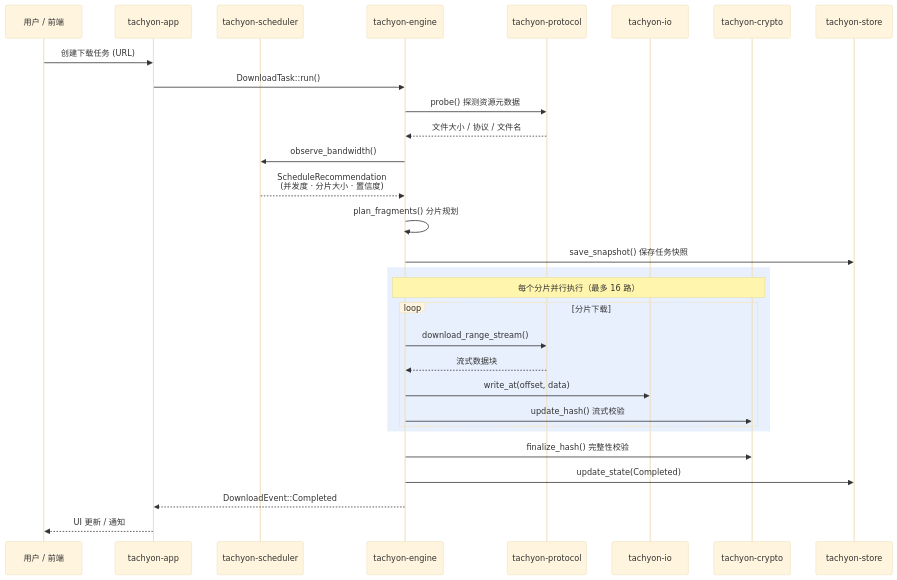
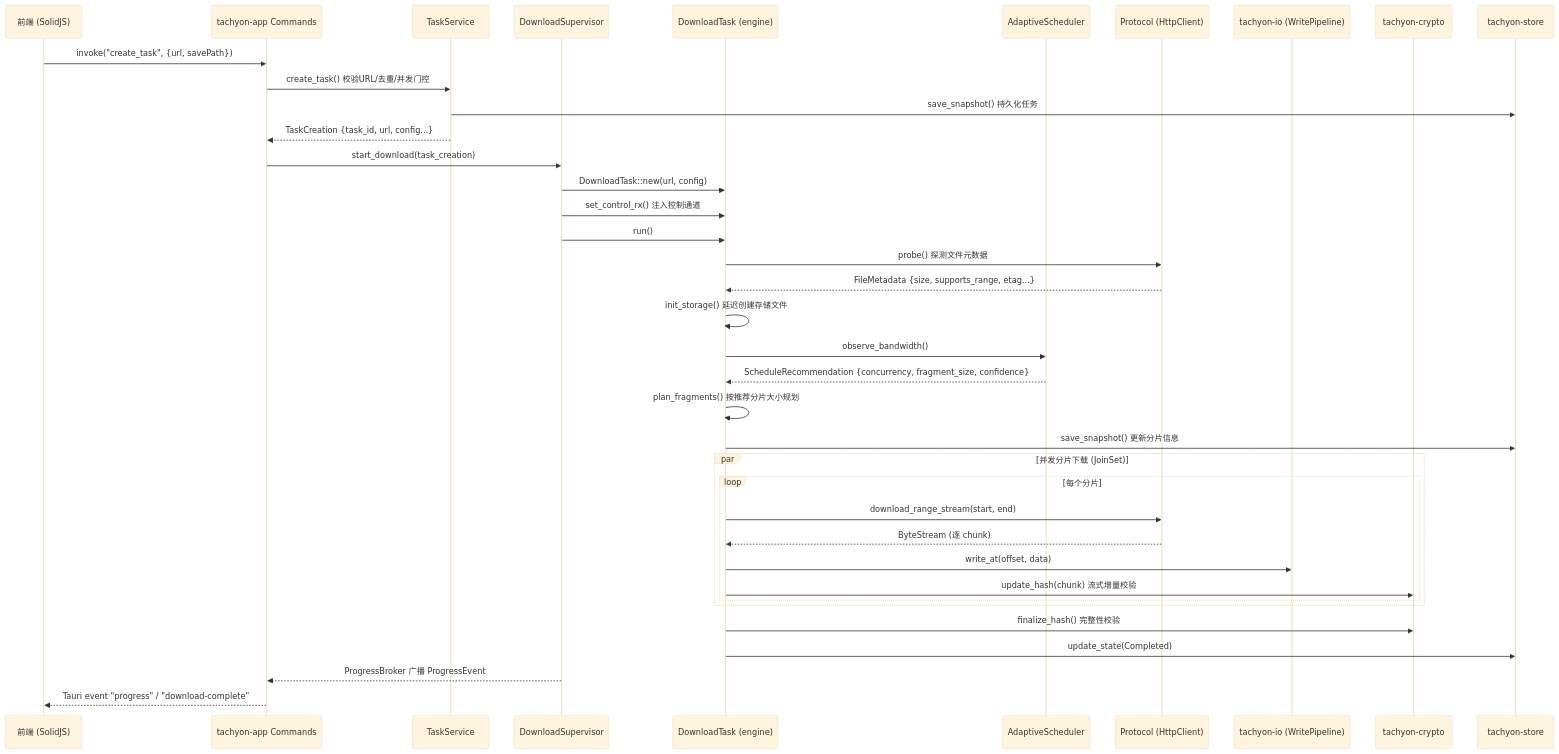
Before and after one commit to baiye2941/Tachyon: the fourth of 7 diagrams in README.md, drawn with Mermaid (base theme). The commit also changed other lines of this file and 187 other files, not shown here.

````diff
--- a/README.md
+++ b/README.md
@@ -137,37 +262,46 @@
 ```mermaid
 sequenceDiagram
-    participant U as 用户 / 前端
-    participant A as tachyon-app
-    participant S as tachyon-scheduler
-    participant E as tachyon-engine
-    participant P as tachyon-protocol
-    participant I as tachyon-io
-    participant C as tachyon-crypto
-    participant D as tachyon-store
+    participant FE as 前端 (SolidJS)
+    participant CMD as tachyon-app Commands
+    participant SVC as TaskService
+    participant SUP as DownloadSupervisor
+    participant DT as DownloadTask (engine)
+    participant SCH as AdaptiveScheduler
+    participant PROTO as Protocol (HttpClient)
+    participant IO as tachyon-io (WritePipeline)
+    participant VERIFY as tachyon-crypto
+    participant STORE as tachyon-store
 
-    U->>A: 创建下载任务 (URL)
-    A->>E: DownloadTask::run()
-    E->>P: probe() 探测资源元数据
-    P-->>E: 文件大小 / 协议 / 文件名
+    FE->>CMD: invoke("create_task", {url, savePath})
+    CMD->>SVC: create_task() 校验URL/去重/并发门控
+    SVC->>STORE: save_snapshot() 持久化任务
+    SVC-->>CMD: TaskCreation {task_id, url, config...}
+    CMD->>SUP: start_download(task_creation)
+    SUP->>DT: DownloadTask::new(url, config)
+    SUP->>DT: set_control_rx() 注入控制通道
+    SUP->>DT: run()
 
-    E->>S: observe_bandwidth()
-    S-->>E: ScheduleRecommendation<br/>(并发度 · 分片大小 · 置信度)
+    DT->>PROTO: probe() 探测文件元数据
+    PROTO-->>DT: FileMetadata {size, supports_range, etag...}
 
-    E->>E: plan_fragments() 分片规划
-    E->>D: save_snapshot() 保存任务快照
+    DT->>DT: init_storage() 延迟创建存储文件
+    DT->>SCH: observe_bandwidth()
+    SCH-->>DT: ScheduleRecommendation {concurrency, fragment_size, confidence}
 
-    rect rgb(232, 240, 254)
-        Note over E,C: 每个分片并行执行（最多 16 路）
-        loop 分片下载
-            E->>P: download_range_stream()
-            P-->>E: 流式数据块
-            E->>I: write_at(offset, data)
-            E->>C: update_hash() 流式校验
+    DT->>DT: plan_fragments() 按推荐分片大小规划
+    DT->>STORE: save_snapshot() 更新分片信息
+
+    par 并发分片下载 (JoinSet)
+        loop 每个分片
+            DT->>PROTO: download_range_stream(start, end)
+            PROTO-->>DT: ByteStream (逐 chunk)
+            DT->>IO: write_at(offset, data)
+            DT->>VERIFY: update_hash(chunk) 流式增量校验
         end
     end
 
-    E->>C: finalize_hash() 完整性校验
-    E->>D: update_state(Completed)
-    E-->>A: DownloadEvent::Completed
-    A-->>U: UI 更新 / 通知
+    DT->>VERIFY: finalize_hash() 完整性校验
+    DT->>STORE: update_state(Completed)
+    SUP-->>CMD: ProgressBroker 广播 ProgressEvent
+    CMD-->>FE: Tauri event "progress" / "download-complete"
 ```
````
